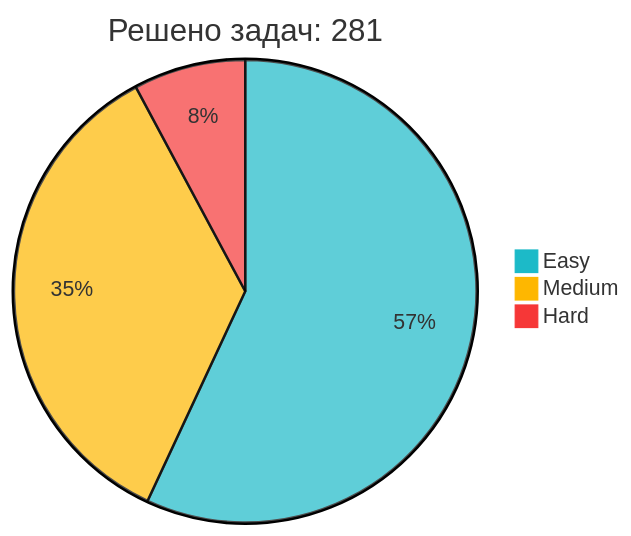
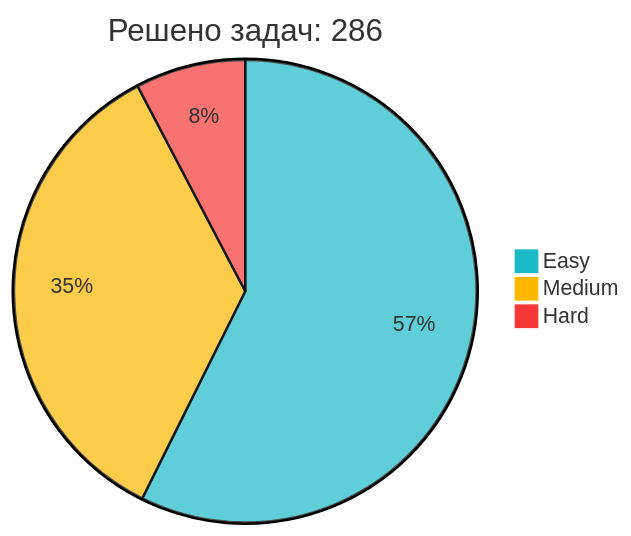
One commit to IliaKurdukov/IliaKurdukov changed the diagram in README.md. Above: the diagram before and after it, drawn with Mermaid. The commit also changed other lines of this file, not shown here.

Commit message:
📈 Обновление статистики LeetCode

````diff
--- a/README.md
+++ b/README.md
@@ -51,7 +51,7 @@
 ```mermaid
 %%{init: {'theme': 'base', 'themeVariables': { 'pie1': '#1CBAC8', 'pie2': '#FEB700', 'pie3': '#F63737' }, 'config': {'width': 300, 'height': 200}}}%%
-pie title Решено задач: 281
-   "Easy" : 160
-   "Medium" : 99
+pie title Решено задач: 286
+   "Easy" : 164
+   "Medium" : 100
    "Hard" : 22
 ```
````
